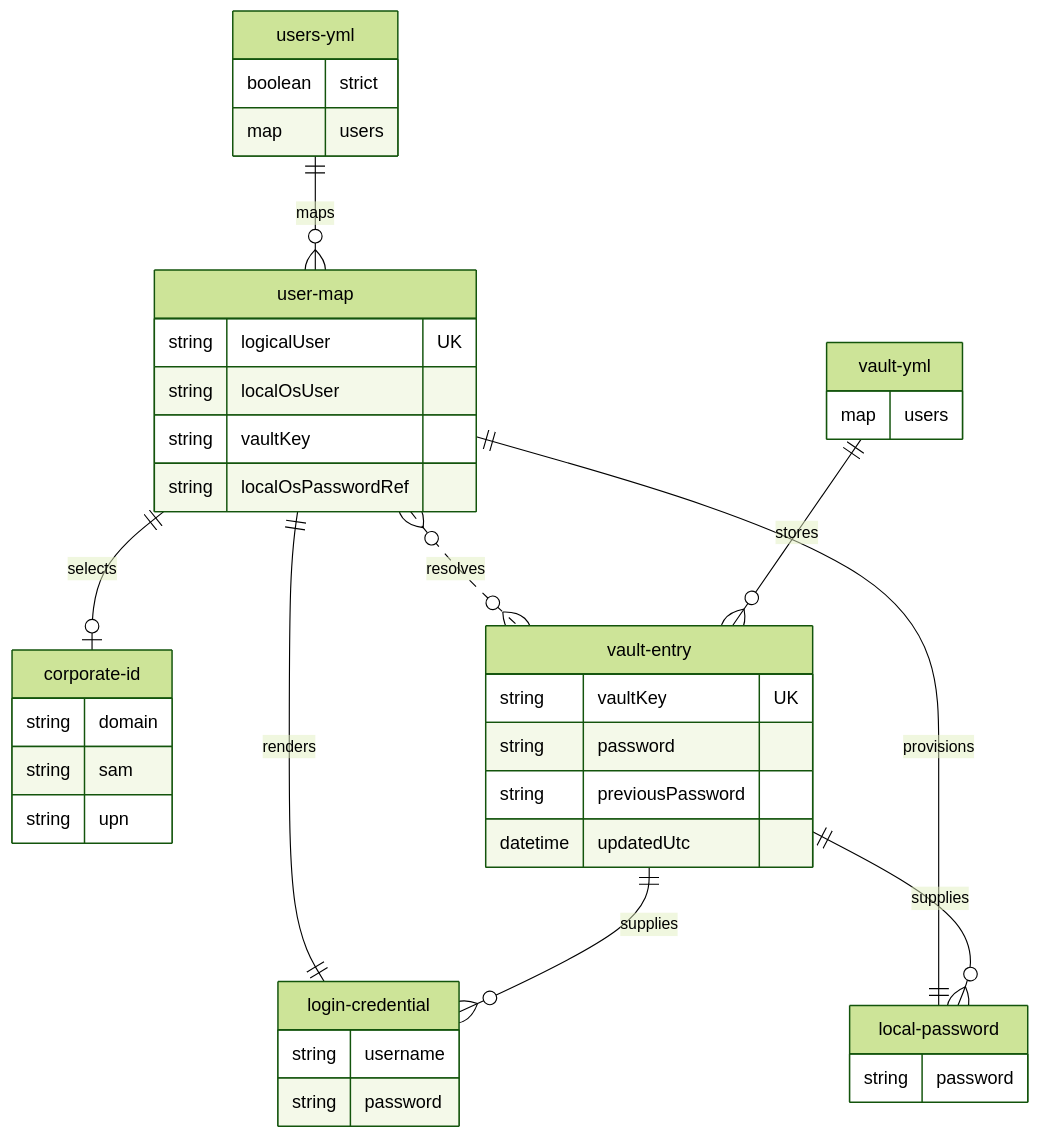
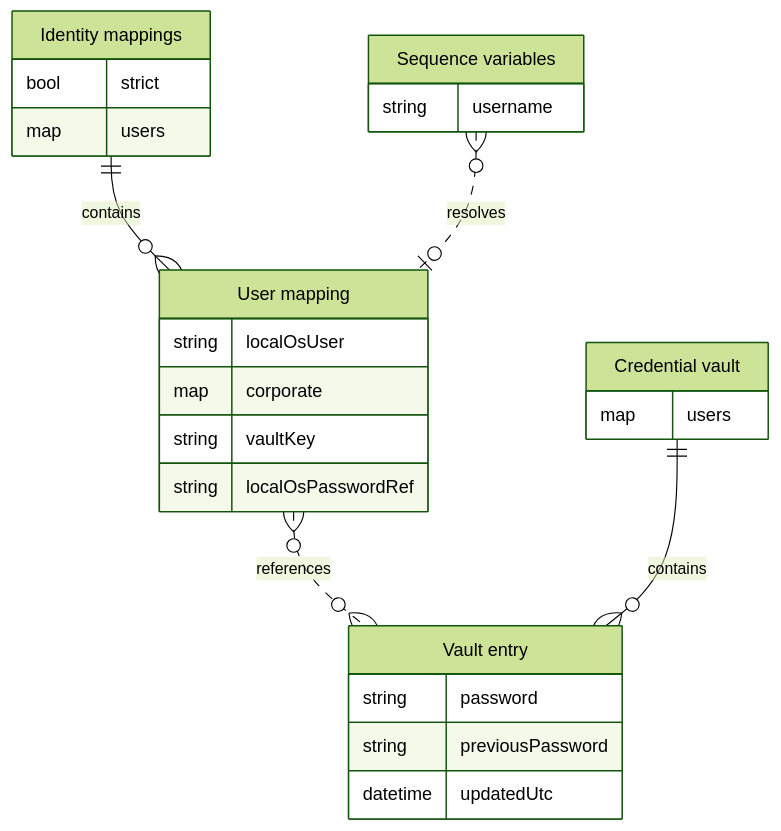
One commit to alissonsol/yuruna changed the third of 3 diagrams in docs/design/05-data-model.md. Above: the diagram before and after it, drawn with Mermaid (forest theme). The commit also changed other lines of this file and 763 other files, not shown here.

````diff
--- a/docs/design/05-data-model.md
+++ b/docs/design/05-data-model.md
@@ -309,43 +164,28 @@
 ```mermaid
 erDiagram
-    users-yml ||--o{ user-map : maps
-    user-map ||--o| corporate-id : selects
-    user-map }o..o{ vault-entry : resolves
-    vault-yml ||--o{ vault-entry : stores
-    user-map ||--|| login-credential : renders
-    user-map ||--|| local-password : provisions
-    vault-entry ||--o{ login-credential : supplies
-    vault-entry ||--o{ local-password : supplies
-
-    users-yml {
-        boolean strict
+    sequence-variables["Sequence variables"] {
+        string username
+    }
+    users-yml["Identity mappings"] {
+        bool strict
         map users
     }
-    user-map {
-        string logicalUser UK
+    user-mapping["User mapping"] {
         string localOsUser
+        map corporate
         string vaultKey
         string localOsPasswordRef
     }
-    corporate-id {
-        string domain
-        string sam
-        string upn
-    }
-    vault-yml {
+    vault-yml["Credential vault"] {
         map users
     }
-    vault-entry {
-        string vaultKey UK
+    vault-entry["Vault entry"] {
         string password
         string previousPassword
         datetime updatedUtc
     }
-    login-credential {
-        string username
-        string password
-    }
-    local-password {
-        string password
-    }
+    users-yml ||--o{ user-mapping : contains
+    sequence-variables }o..o| user-mapping : resolves
+    user-mapping }o..o{ vault-entry : references
+    vault-yml ||--o{ vault-entry : contains
 ```
````
